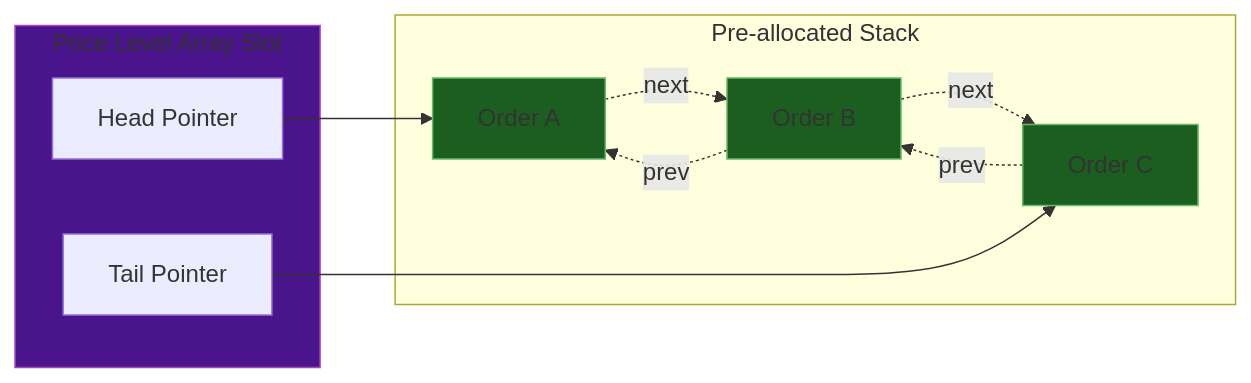
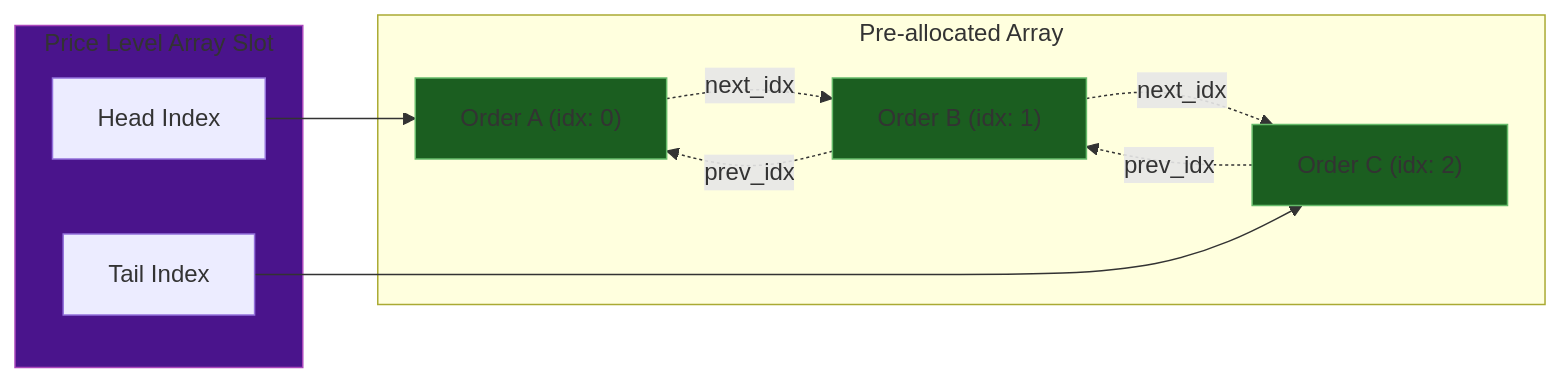
Before and after one commit to Komal-ai417/hft-matching-engine: the first of 2 diagrams in docs/2_Architecture_And_Memory_Layout.md, drawn with Mermaid. The commit also changed other lines of this file and 17 other files, not shown here.

````diff
--- a/docs/2_Architecture_And_Memory_Layout.md
+++ b/docs/2_Architecture_And_Memory_Layout.md
@@ -28,25 +28,25 @@
 ```mermaid
 graph LR
     subgraph PriceLevel ["Price Level Array Slot"]
-        H["Head Pointer"]
-        T["Tail Pointer"]
+        H["Head Index"]
+        T["Tail Index"]
     end
 
-    subgraph MemoryPoolData ["Pre-allocated Stack"]
-        O1["Order A"]
-        O2["Order B"]
-        O3["Order C"]
+    subgraph MemoryPoolData ["Pre-allocated Array"]
+        O1["Order A (idx: 0)"]
+        O2["Order B (idx: 1)"]
+        O3["Order C (idx: 2)"]
     end
 
     H --> O1
-    O1 -.->|next| O2
-    O2 -.->|next| O3
-    O3 -.->|prev| O2
-    O2 -.->|prev| O1
+    O1 -.->|next_idx| O2
+    O2 -.->|next_idx| O3
+    O3 -.->|prev_idx| O2
+    O2 -.->|prev_idx| O1
     T --> O3
     
     style PriceLevel fill:#4a148c,stroke:#ab47bc
     style O1 fill:#1b5e20,stroke:#66bb6a
     style O2 fill:#1b5e20,stroke:#66bb6a
     style O3 fill:#1b5e20,stroke:#66bb6a
 ```
````
